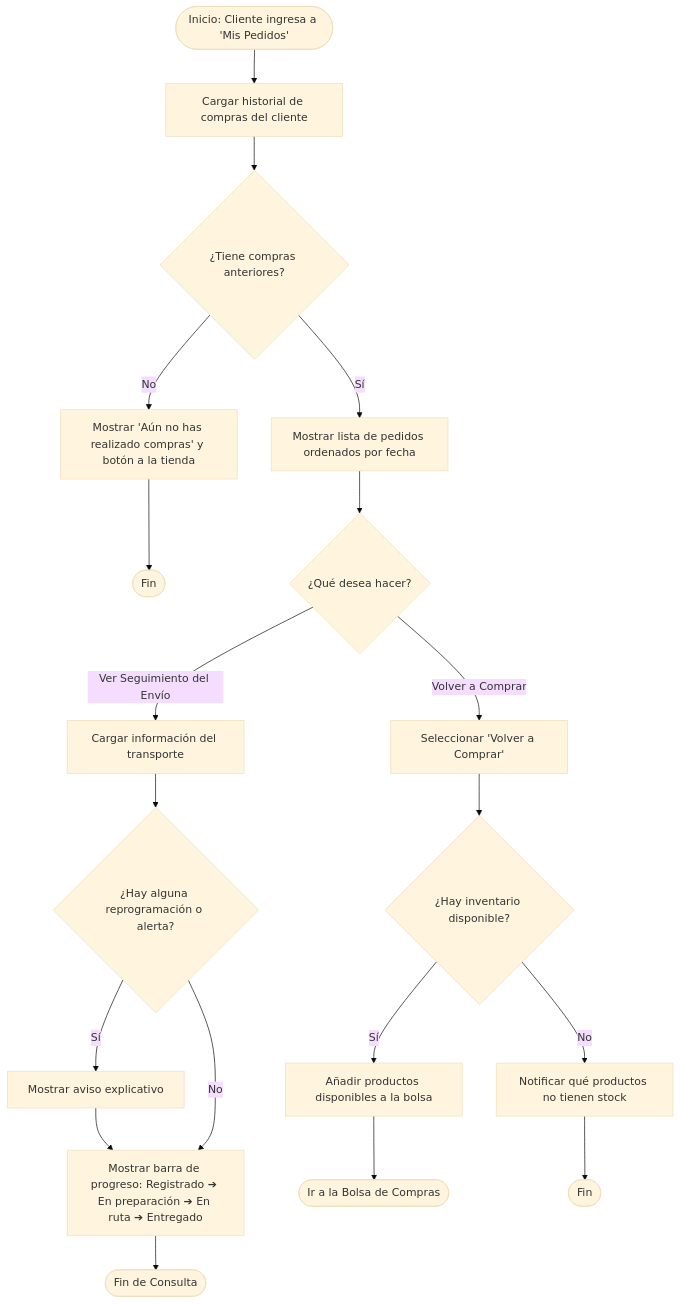
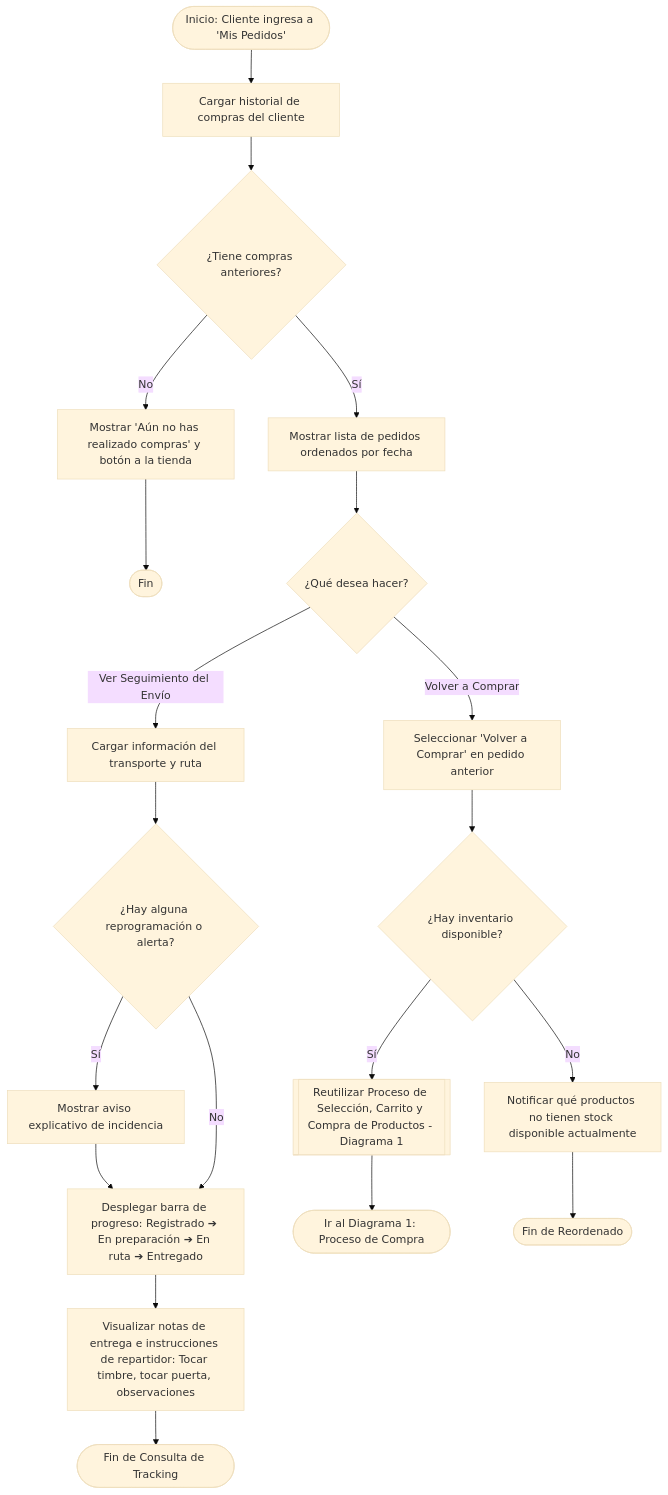
One commit to LeonidasGarcia/Multichannel-Marketplace changed the sixth of 9 diagrams in Diagrama de Procesos/Diagramas de Procesos Preliminares.md. Above: the diagram before and after it, drawn with Mermaid (base theme). The commit also changed other lines of this file and 1 other file, not shown here.

Commit message:
feat: Update process diagrams and enhance user flow descriptions in the documentation

````diff
--- a/Diagrama de Procesos/Diagramas de Procesos Preliminares.md
+++ b/Diagrama de Procesos/Diagramas de Procesos Preliminares.md
@@ -112,23 +141,30 @@
-```mermaid.js
+```mermaid
 flowchart TD
     InicioHistorial([Inicio: Cliente ingresa a 'Mis Pedidos']) --> ConsultarCompras[Cargar historial de compras del cliente]
     ConsultarCompras --> TieneCompras{¿Tiene compras anteriores?}
 
     TieneCompras -- No --> MensajeSinCompras[Mostrar 'Aún no has realizado compras' y botón a la tienda] --> FinSinCompras([Fin])
 
     TieneCompras -- Sí --> DesplegarPedidos[Mostrar lista de pedidos ordenados por fecha]
     DesplegarPedidos --> ElegirAccion{¿Qué desea hacer?}
 
-    %% Ver Tracking
-    ElegirAccion -- Ver Seguimiento del Envío --> ConsultarDespacho[Cargar información del transporte]
+    %% Ver Tracking de Envío con Notas de Entrega
+    ElegirAccion -- Ver Seguimiento del Envío --> ConsultarDespacho[Cargar información del transporte y ruta]
     ConsultarDespacho --> HayIncidencia{¿Hay alguna reprogramación o alerta?}
-    HayIncidencia -- Sí --> MostrarAlertaEnvio[Mostrar aviso explicativo] --> MostrarLineaTiempo[Mostrar barra de progreso: Registrado ➔ En preparación ➔ En ruta ➔ Entregado]
+    
+    HayIncidencia -- Sí --> MostrarAlertaEnvio[Mostrar aviso explicativo de incidencia] --> MostrarLineaTiempo
     HayIncidencia -- No --> MostrarLineaTiempo
-    MostrarLineaTiempo --> FinTracking([Fin de Consulta])
+    
+    MostrarLineaTiempo[Desplegar barra de progreso: Registrado ➔ En preparación ➔ En ruta ➔ Entregado]
+    MostrarLineaTiempo --> MostrarNotasEnvio[Visualizar notas de entrega e instrucciones de repartidor: Tocar timbre, tocar puerta, observaciones]
+    MostrarNotasEnvio --> FinTracking([Fin de Consulta de Tracking])
 
-    %% Volver a Comprar
-    ElegirAccion -- Volver a Comprar --> Reordenar[Seleccionar 'Volver a Comprar']
+    %% Volver a Comprar (Reutilizando Diagrama 1)
+    ElegirAccion -- Volver a Comprar --> Reordenar[Seleccionar 'Volver a Comprar' en pedido anterior]
     Reordenar --> ValidarStockReorden{¿Hay inventario disponible?}
-    ValidarStockReorden -- Sí --> CargarABolsa[Añadir productos disponibles a la bolsa] --> IrABolsa([Ir a la Bolsa de Compras])
-    ValidarStockReorden -- No --> AvisarSinStock[Notificar qué productos no tienen stock] --> FinReorden([Fin])
+    
+    ValidarStockReorden -- Sí --> SubprocesoCompra[[Reutilizar Proceso de Selección, Carrito y Compra de Productos - Diagrama 1]]
+    SubprocesoCompra --> IrAProcesoCompra([Ir al Diagrama 1: Proceso de Compra])
+    
+    ValidarStockReorden -- No --> AvisarSinStock[Notificar qué productos no tienen stock disponible actualmente] --> FinReorden([Fin de Reordenado])
 ```
````
